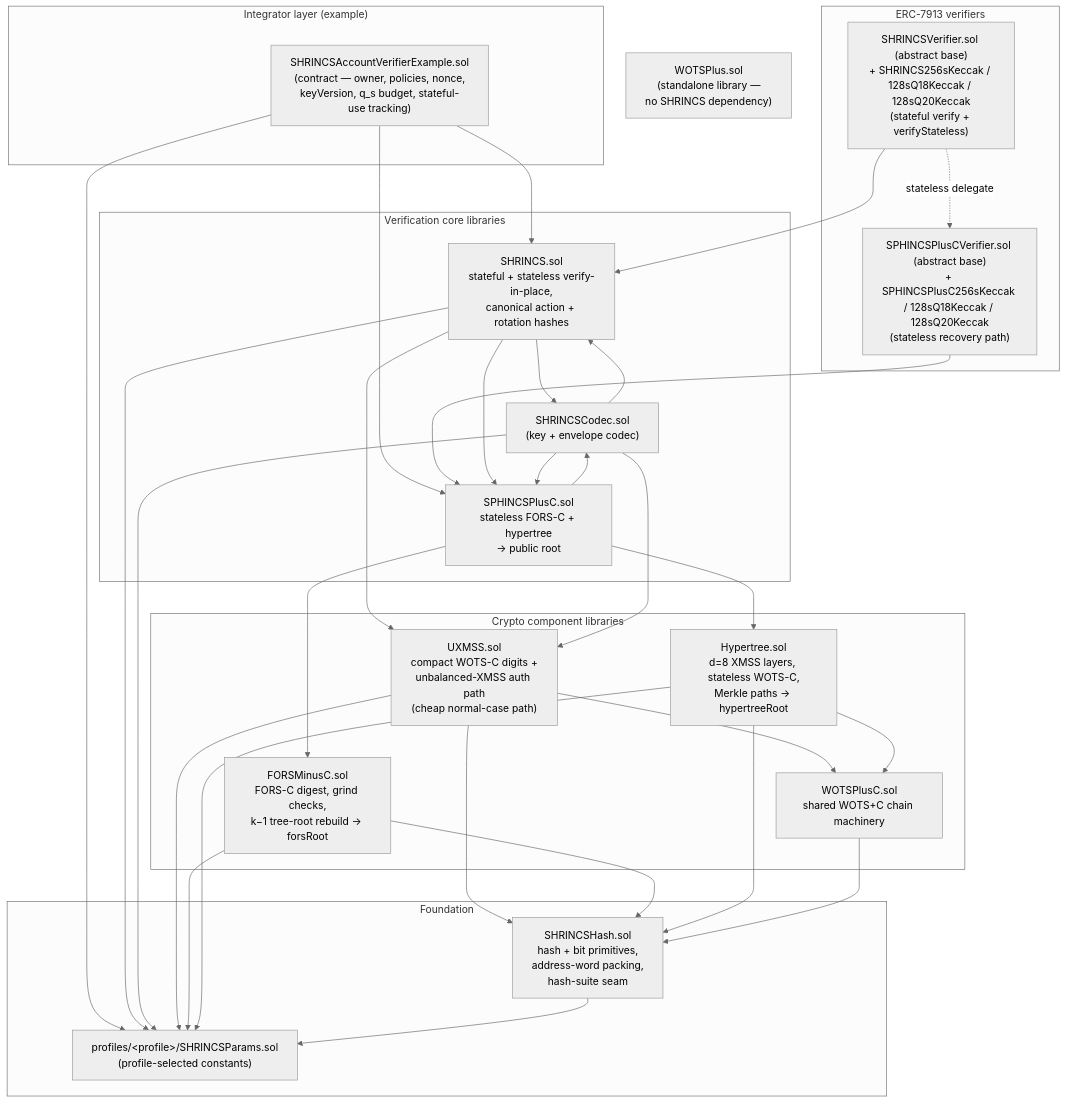
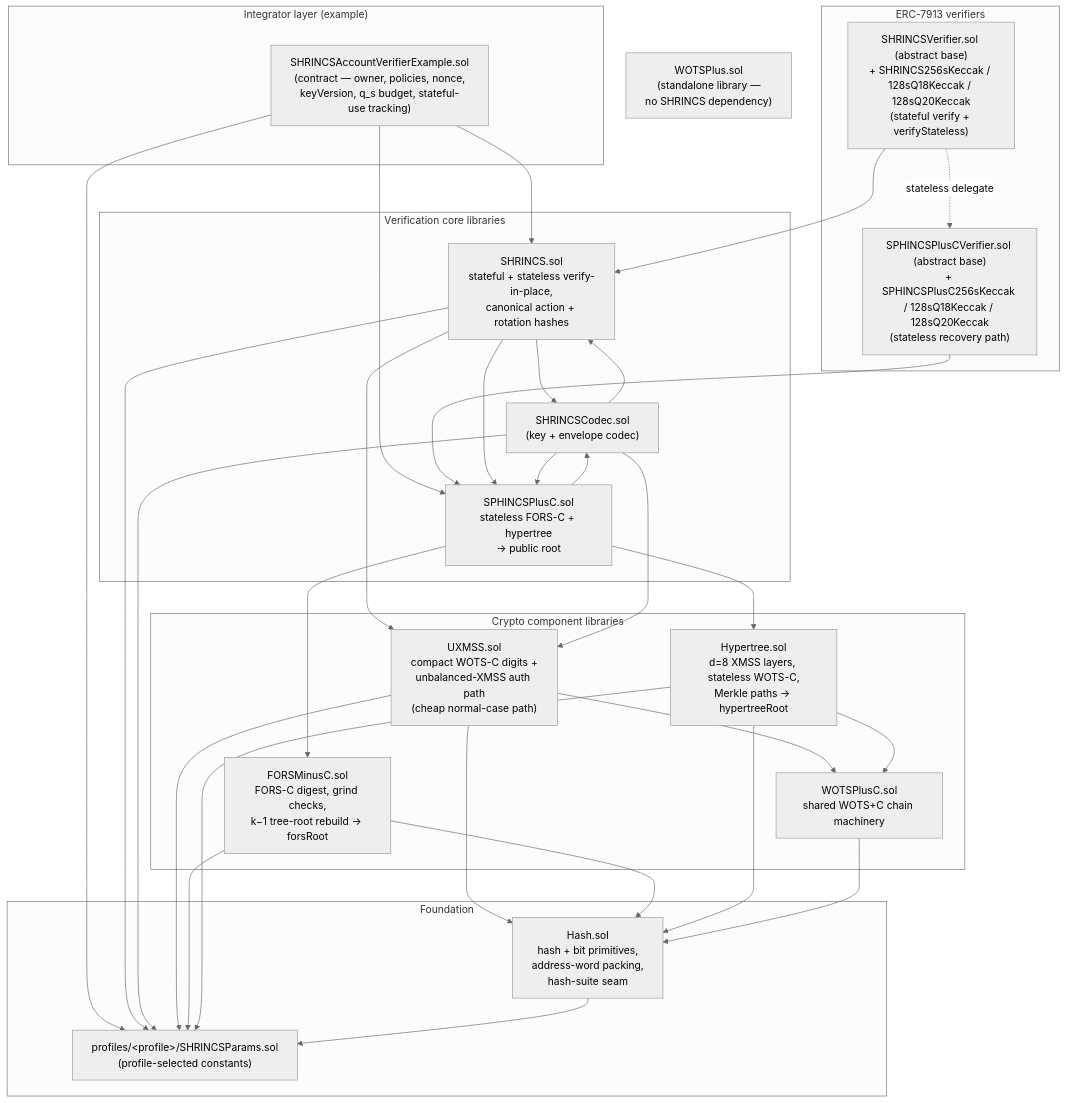
One commit to QuipNetwork/hashsigs-solidity changed the first of 2 diagrams in README.md. Above: the diagram before and after it, drawn with Mermaid (neutral theme). The commit also changed other lines of this file and 9 other files, not shown here.

First line of the commit message:
Rename SHRINCSHash library to Hash

````diff
--- a/README.md
+++ b/README.md
@@ -146,59 +146,59 @@
 ```mermaid
 graph TD
     subgraph "Integrator layer (example)"
         EX["SHRINCSAccountVerifierExample.sol<br/>(contract — owner, policies, nonce,<br/>keyVersion, q_s budget, stateful-use tracking)"]
     end
 
     subgraph "ERC-7913 verifiers"
         VF["SHRINCSVerifier.sol (abstract base)<br/>+ SHRINCS256sKeccak / 128sQ18Keccak / 128sQ20Keccak<br/>(stateful verify + verifyStateless)"]
         SP["SPHINCSPlusCVerifier.sol (abstract base)<br/>+ SPHINCSPlusC256sKeccak / 128sQ18Keccak / 128sQ20Keccak<br/>(stateless recovery path)"]
     end
 
     subgraph "Verification core libraries"
         FA["SHRINCS.sol<br/>stateful + stateless verify-in-place,<br/>canonical action + rotation hashes"]
         SC["SPHINCSPlusC.sol<br/>stateless FORS-C + hypertree<br/>-> public root"]
         CO["SHRINCSCodec.sol<br/>(key + envelope codec)"]
     end
 
     subgraph "Crypto component libraries"
         ST["UXMSS.sol<br/>compact WOTS-C digits +<br/>unbalanced-XMSS auth path<br/>(cheap normal-case path)"]
         FO["FORSMinusC.sol<br/>FORS-C digest, grind checks,<br/>k−1 tree-root rebuild -> forsRoot"]
         HY["Hypertree.sol<br/>d=8 XMSS layers, stateless WOTS-C,<br/>Merkle paths -> hypertreeRoot"]
         WC["WOTSPlusC.sol<br/>shared WOTS+C chain machinery"]
     end
 
     subgraph "Foundation"
-        HH["SHRINCSHash.sol<br/>hash + bit primitives,<br/>address-word packing,<br/>hash-suite seam"]
+        HH["Hash.sol<br/>hash + bit primitives,<br/>address-word packing,<br/>hash-suite seam"]
         PA["profiles/&lt;profile&gt;/SHRINCSParams.sol<br/>(profile-selected constants)"]
     end
 
     WP["WOTSPlus.sol<br/>(standalone library —<br/>no SHRINCS dependency)"]
 
     EX --> FA
     EX --> SC
     EX --> PA
     VF --> FA
     VF -. stateless delegate .-> SP
     SP --> SC
     FA --> CO
     FA --> ST
     FA --> SC
     FA --> PA
     CO --> FA
     CO --> ST
     CO --> SC
     CO --> PA
     SC --> FO
     SC --> HY
     SC --> CO
     ST --> WC
     ST --> HH
     ST --> PA
     FO --> HH
     FO --> PA
     HY --> WC
     HY --> HH
     HY --> PA
     WC --> HH
     HH --> PA
 ```
````
